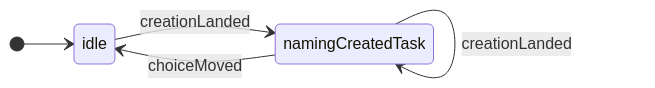
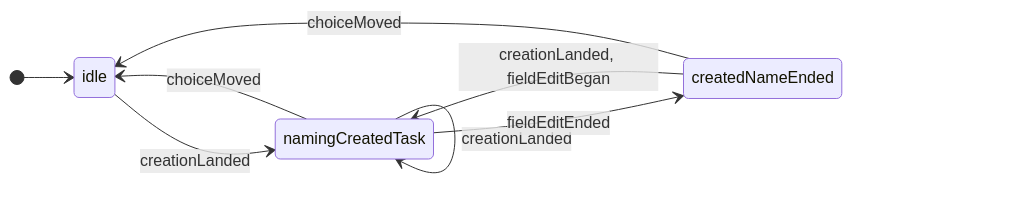
One commit to GoodRelax/gr-scheduler changed diagram 22 of 27 in docs/spec/_assets/tbl-state-machines.md. Above: the diagram before and after it, drawn with Mermaid. The commit also changed other lines of this file and 21 other files, not shown here.

````diff
--- a/docs/spec/_assets/tbl-state-machines.md
+++ b/docs/spec/_assets/tbl-state-machines.md
@@ -944,10 +944,14 @@
 ```mermaid
 stateDiagram-v2
     direction LR
     [*] --> createdTaskNamingStateMachine_idle
     createdTaskNamingStateMachine_idle : idle
     createdTaskNamingStateMachine_namingCreatedTask : namingCreatedTask
+    createdTaskNamingStateMachine_createdNameEnded : createdNameEnded
     createdTaskNamingStateMachine_idle --> createdTaskNamingStateMachine_namingCreatedTask : creationLanded
     createdTaskNamingStateMachine_namingCreatedTask --> createdTaskNamingStateMachine_namingCreatedTask : creationLanded
+    createdTaskNamingStateMachine_createdNameEnded --> createdTaskNamingStateMachine_namingCreatedTask : creationLanded, fieldEditBegan
+    createdTaskNamingStateMachine_namingCreatedTask --> createdTaskNamingStateMachine_createdNameEnded : fieldEditEnded
     createdTaskNamingStateMachine_namingCreatedTask --> createdTaskNamingStateMachine_idle : choiceMoved
+    createdTaskNamingStateMachine_createdNameEnded --> createdTaskNamingStateMachine_idle : choiceMoved
 ```
````
